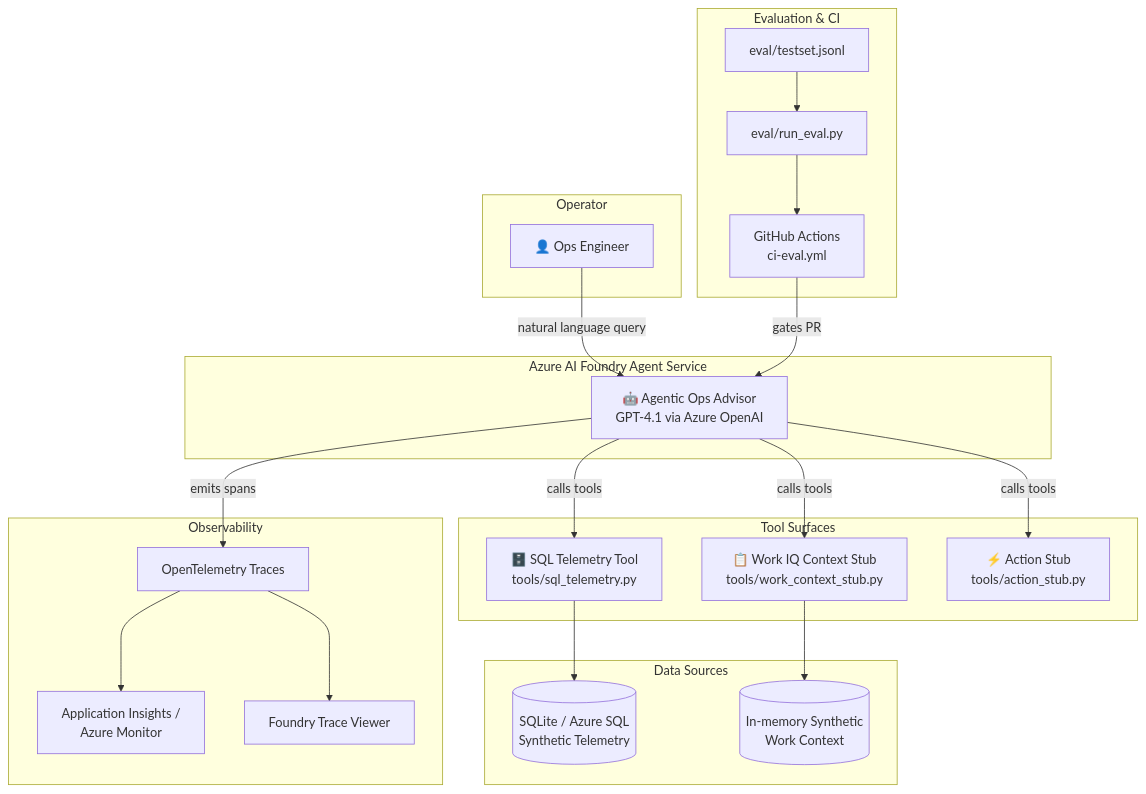
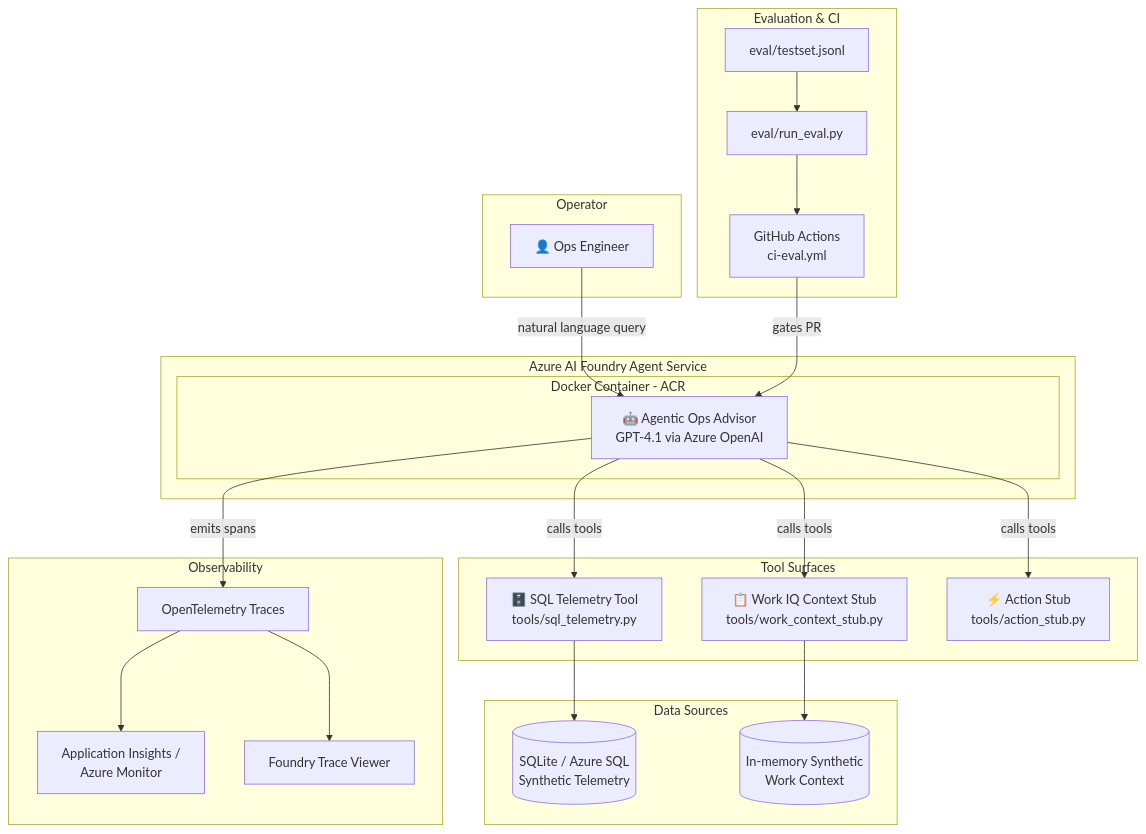
Before and after one commit to tammym-demos/Agentic-Ops-Advisor: the diagram in README.md, drawn with Mermaid. The commit also changed other lines of this file and 18 other files, not shown here.

````diff
--- a/README.md
+++ b/README.md
@@ -64,46 +65,48 @@
 ```mermaid
 graph TD
     subgraph Operator
         U[👤 Ops Engineer]
     end
 
     subgraph Azure AI Foundry Agent Service
-        A[🤖 Agentic Ops Advisor<br/>GPT-4.1 via Azure OpenAI]
+        subgraph Docker Container - ACR
+            A[🤖 Agentic Ops Advisor<br/>GPT-4.1 via Azure OpenAI]
+        end
     end
 
     subgraph Tool Surfaces
         T1[🗄️ SQL Telemetry Tool<br/>tools/sql_telemetry.py]
         T2[📋 Work IQ Context Stub<br/>tools/work_context_stub.py]
         T3[⚡ Action Stub<br/>tools/action_stub.py]
     end
 
     subgraph Data Sources
         D1[(SQLite / Azure SQL<br/>Synthetic Telemetry)]
         D2[(In-memory Synthetic<br/>Work Context)]
     end
 
     subgraph Observability
         O1[OpenTelemetry Traces]
         O2[Application Insights /<br/>Azure Monitor]
         O3[Foundry Trace Viewer]
     end
 
     subgraph Evaluation & CI
         E1[eval/testset.jsonl]
         E2[eval/run_eval.py]
         E3[GitHub Actions<br/>ci-eval.yml]
     end
 
     U -- "natural language query" --> A
     A -- "calls tools" --> T1
     A -- "calls tools" --> T2
     A -- "calls tools" --> T3
     T1 --> D1
     T2 --> D2
     A -- "emits spans" --> O1
     O1 --> O2
     O1 --> O3
     E1 --> E2
     E2 --> E3
     E3 -- "gates PR" --> A
 ```
````
